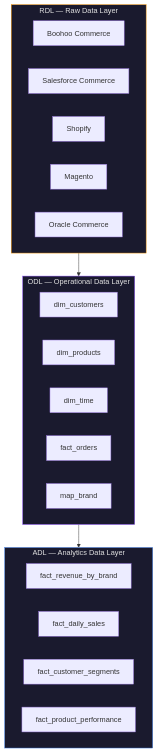
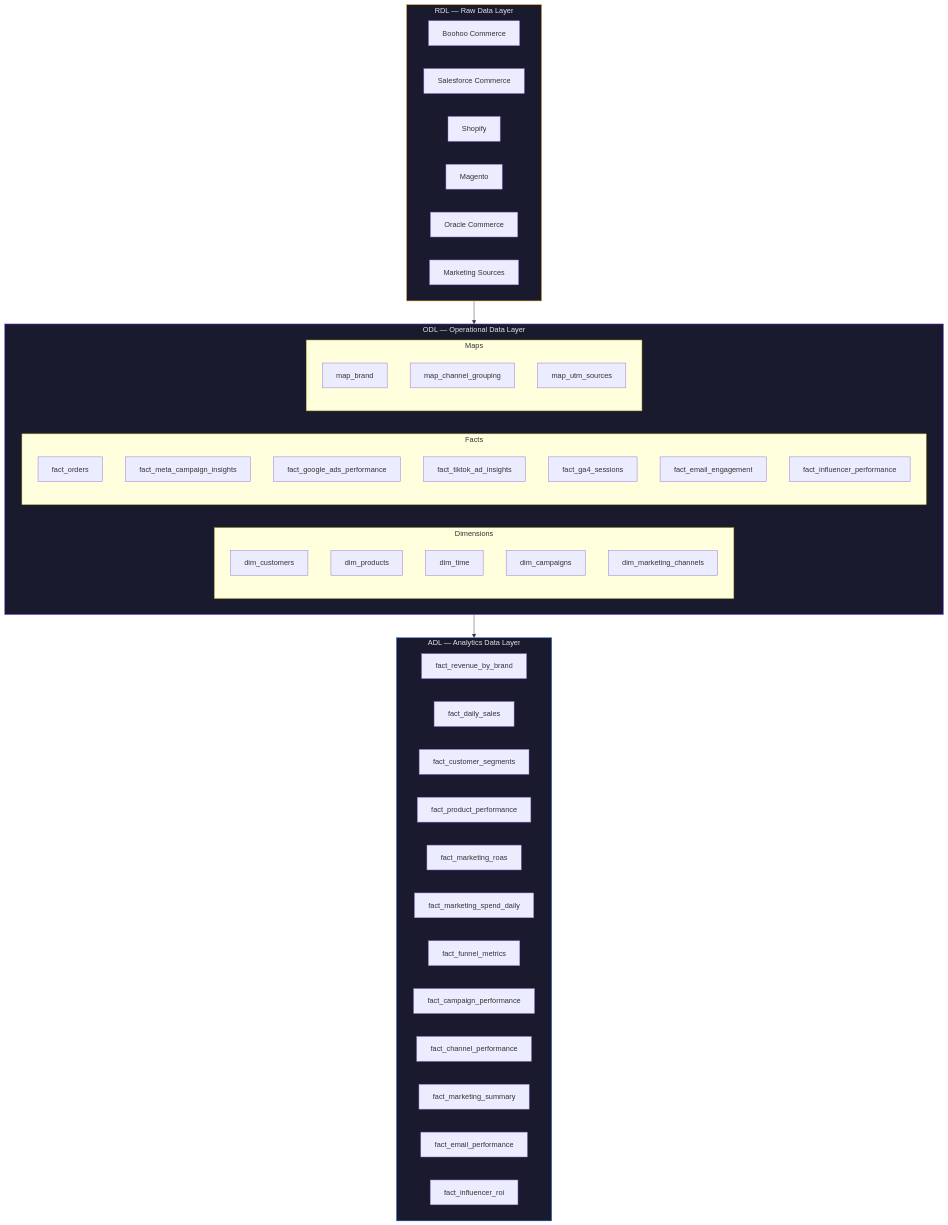
The second of 4 diagrams in README.md (TimiOlayinka/boohoo-data-pipeline), drawn with Mermaid before and after one commit. The commit also changed other lines of this file, not shown here.

Commit message:
docs: update README with Airflow orchestration, marketing analytics, and 54 dbt models

````diff
--- a/README.md
+++ b/README.md
@@ -134,35 +168,60 @@
 ```mermaid
 flowchart TB
     subgraph RDL["RDL — Raw Data Layer"]
         direction LR
         R1["Boohoo Commerce"]
         R2["Salesforce Commerce"]
         R3["Shopify"]
         R4["Magento"]
         R5["Oracle Commerce"]
+        R6["Marketing Sources"]
     end
 
     subgraph ODL["ODL — Operational Data Layer"]
         direction LR
-        D1["dim_customers"]
-        D2["dim_products"]
-        D3["dim_time"]
-        F1["fact_orders"]
-        M1["map_brand"]
+        subgraph DIMS["Dimensions"]
+            D1["dim_customers"]
+            D2["dim_products"]
+            D3["dim_time"]
+            D4["dim_campaigns"]
+            D5["dim_marketing_channels"]
+        end
+        subgraph FACTS["Facts"]
+            F1["fact_orders"]
+            F2["fact_meta_campaign_insights"]
+            F3["fact_google_ads_performance"]
+            F4["fact_tiktok_ad_insights"]
+            F5["fact_ga4_sessions"]
+            F6["fact_email_engagement"]
+            F7["fact_influencer_performance"]
+        end
+        subgraph MAPS["Maps"]
+            M1["map_brand"]
+            M2["map_channel_grouping"]
+            M3["map_utm_sources"]
+        end
     end
 
     subgraph ADL["ADL — Analytics Data Layer"]
         direction LR
         B1["fact_revenue_by_brand"]
         B2["fact_daily_sales"]
         B3["fact_customer_segments"]
         B4["fact_product_performance"]
+        B5["fact_marketing_roas"]
+        B6["fact_marketing_spend_daily"]
+        B7["fact_funnel_metrics"]
+        B8["fact_campaign_performance"]
+        B9["fact_channel_performance"]
+        B10["fact_marketing_summary"]
+        B11["fact_email_performance"]
+        B12["fact_influencer_roi"]
     end
 
     RDL --> ODL
     ODL --> ADL
 
     style RDL fill:#1a1a2e,color:#e0e0e0,stroke:#FF9900
     style ODL fill:#1a1a2e,color:#e0e0e0,stroke:#8C4FFF
     style ADL fill:#1a1a2e,color:#e0e0e0,stroke:#4285F4
 ```
````
